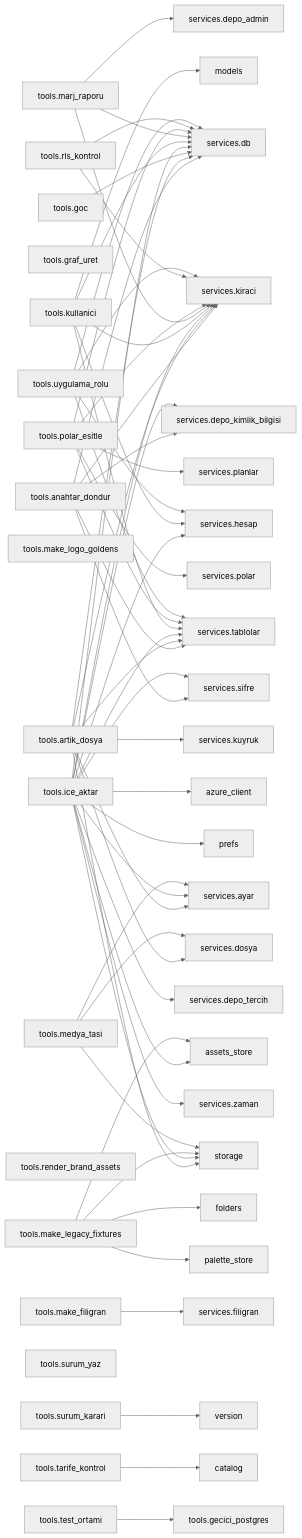
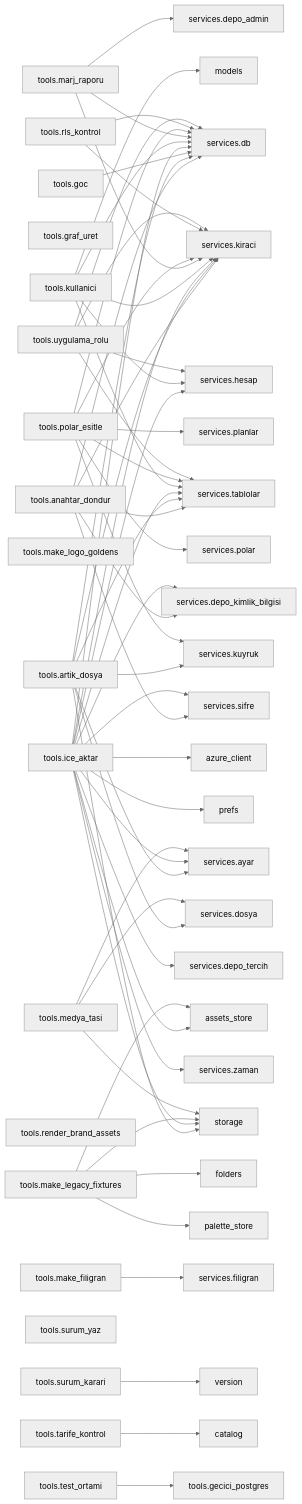
One commit to Zenginby/kromis changed the second of 2 diagrams in docs/graflar/moduller.md. Above: the diagram before and after it, drawn with Mermaid (neutral theme). The commit also changed other lines of this file and 15 other files, not shown here.

First line of the commit message:
Faz 4 / 4: inceleme bulguları — polar_esitle kadans/bayat satır, giriş yönlendirme, E2E temizlik

````diff
--- a/docs/graflar/moduller.md
+++ b/docs/graflar/moduller.md
@@ -742,79 +742,80 @@
 ```mermaid
 flowchart LR
   n_tools_anahtar_dondur["tools.anahtar_dondur"]
   n_tools_anahtar_dondur --> n_services_db["services.db"]
   n_tools_anahtar_dondur --> n_services_depo_kimlik_bilgisi["services.depo_kimlik_bilgisi"]
   n_tools_anahtar_dondur --> n_services_kiraci["services.kiraci"]
   n_tools_anahtar_dondur --> n_services_sifre["services.sifre"]
   n_tools_anahtar_dondur --> n_services_tablolar["services.tablolar"]
   n_tools_artik_dosya["tools.artik_dosya"]
   n_tools_artik_dosya --> n_services_ayar["services.ayar"]
   n_tools_artik_dosya --> n_services_db["services.db"]
   n_tools_artik_dosya --> n_services_dosya["services.dosya"]
   n_tools_artik_dosya --> n_services_kiraci["services.kiraci"]
   n_tools_artik_dosya --> n_services_kuyruk["services.kuyruk"]
   n_tools_artik_dosya --> n_services_tablolar["services.tablolar"]
   n_tools_artik_dosya --> n_storage["storage"]
   n_tools_gecici_postgres["tools.gecici_postgres"]
   n_tools_goc["tools.goc"]
   n_tools_goc --> n_services_db["services.db"]
   n_tools_graf_uret["tools.graf_uret"]
   n_tools_ice_aktar["tools.ice_aktar"]
   n_tools_ice_aktar --> n_assets_store["assets_store"]
   n_tools_ice_aktar --> n_azure_client["azure_client"]
   n_tools_ice_aktar --> n_prefs["prefs"]
   n_tools_ice_aktar --> n_services_ayar["services.ayar"]
   n_tools_ice_aktar --> n_services_db["services.db"]
   n_tools_ice_aktar --> n_services_depo_kimlik_bilgisi["services.depo_kimlik_bilgisi"]
   n_tools_ice_aktar --> n_services_depo_tercih["services.depo_tercih"]
   n_tools_ice_aktar --> n_services_hesap["services.hesap"]
   n_tools_ice_aktar --> n_services_kiraci["services.kiraci"]
   n_tools_ice_aktar --> n_services_sifre["services.sifre"]
   n_tools_ice_aktar --> n_services_tablolar["services.tablolar"]
   n_tools_ice_aktar --> n_services_zaman["services.zaman"]
   n_tools_ice_aktar --> n_storage["storage"]
   n_tools_kullanici["tools.kullanici"]
   n_tools_kullanici --> n_models["models"]
   n_tools_kullanici --> n_services_db["services.db"]
   n_tools_kullanici --> n_services_hesap["services.hesap"]
   n_tools_kullanici --> n_services_kiraci["services.kiraci"]
   n_tools_kullanici --> n_services_tablolar["services.tablolar"]
   n_tools_make_filigran["tools.make_filigran"]
   n_tools_make_filigran --> n_services_filigran["services.filigran"]
   n_tools_make_legacy_fixtures["tools.make_legacy_fixtures"]
   n_tools_make_legacy_fixtures --> n_assets_store["assets_store"]
   n_tools_make_legacy_fixtures --> n_folders["folders"]
   n_tools_make_legacy_fixtures --> n_palette_store["palette_store"]
   n_tools_make_legacy_fixtures --> n_storage["storage"]
   n_tools_make_logo_goldens["tools.make_logo_goldens"]
   n_tools_marj_raporu["tools.marj_raporu"]
   n_tools_marj_raporu --> n_services_db["services.db"]
   n_tools_marj_raporu --> n_services_depo_admin["services.depo_admin"]
   n_tools_marj_raporu --> n_services_kiraci["services.kiraci"]
   n_tools_medya_tasi["tools.medya_tasi"]
   n_tools_medya_tasi --> n_services_ayar["services.ayar"]
   n_tools_medya_tasi --> n_services_dosya["services.dosya"]
   n_tools_medya_tasi --> n_storage["storage"]
   n_tools_polar_esitle["tools.polar_esitle"]
   n_tools_polar_esitle --> n_services_db["services.db"]
   n_tools_polar_esitle --> n_services_kiraci["services.kiraci"]
+  n_tools_polar_esitle --> n_services_kuyruk["services.kuyruk"]
   n_tools_polar_esitle --> n_services_planlar["services.planlar"]
   n_tools_polar_esitle --> n_services_polar["services.polar"]
   n_tools_polar_esitle --> n_services_tablolar["services.tablolar"]
   n_tools_render_brand_assets["tools.render_brand_assets"]
   n_tools_rls_kontrol["tools.rls_kontrol"]
   n_tools_rls_kontrol --> n_services_db["services.db"]
   n_tools_rls_kontrol --> n_services_kiraci["services.kiraci"]
   n_tools_surum_karari["tools.surum_karari"]
   n_tools_surum_karari --> n_version["version"]
   n_tools_surum_yaz["tools.surum_yaz"]
   n_tools_tarife_kontrol["tools.tarife_kontrol"]
   n_tools_tarife_kontrol --> n_catalog["catalog"]
   n_tools_test_ortami["tools.test_ortami"]
   n_tools_test_ortami --> n_tools_gecici_postgres["tools.gecici_postgres"]
   n_tools_uygulama_rolu["tools.uygulama_rolu"]
   n_tools_uygulama_rolu --> n_services_db["services.db"]
   n_tools_uygulama_rolu --> n_services_hesap["services.hesap"]
   n_tools_uygulama_rolu --> n_services_kiraci["services.kiraci"]
   n_tools_uygulama_rolu --> n_services_tablolar["services.tablolar"]
 ```
````
